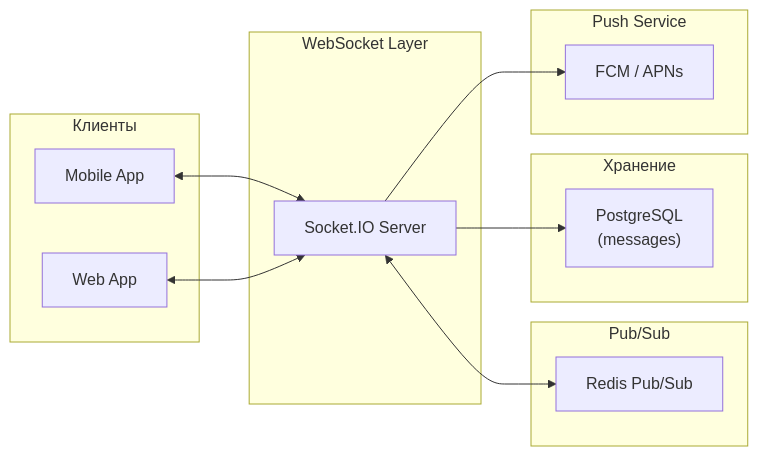
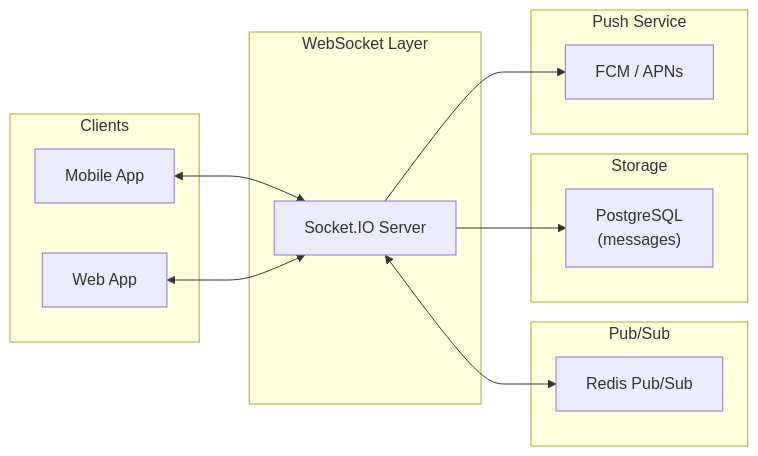
The fifth of 7 diagrams in yolustu_architecture.md (JosephIsrafilov/yolustu), drawn with Mermaid before and after one commit. The commit also changed other lines of this file and 2 other files, not shown here.

````diff
--- a/yolustu_architecture.md
+++ b/yolustu_architecture.md
@@ -172,29 +172,29 @@
 ```mermaid
 graph LR
-    subgraph Clients["Клиенты"]
+    subgraph Clients["Clients"]
         A["Mobile App"]
         B["Web App"]
     end
 
     subgraph WS["WebSocket Layer"]
         C["Socket.IO Server"]
     end
 
     subgraph PubSub["Pub/Sub"]
         D["Redis Pub/Sub"]
     end
 
-    subgraph Storage["Хранение"]
+    subgraph Storage["Storage"]
         E["PostgreSQL\n(messages)"]
     end
 
     subgraph Push["Push Service"]
         F["FCM / APNs"]
     end
 
     A <--> C
     B <--> C
     C <--> D
     C --> E
     C --> F
 ```
````
